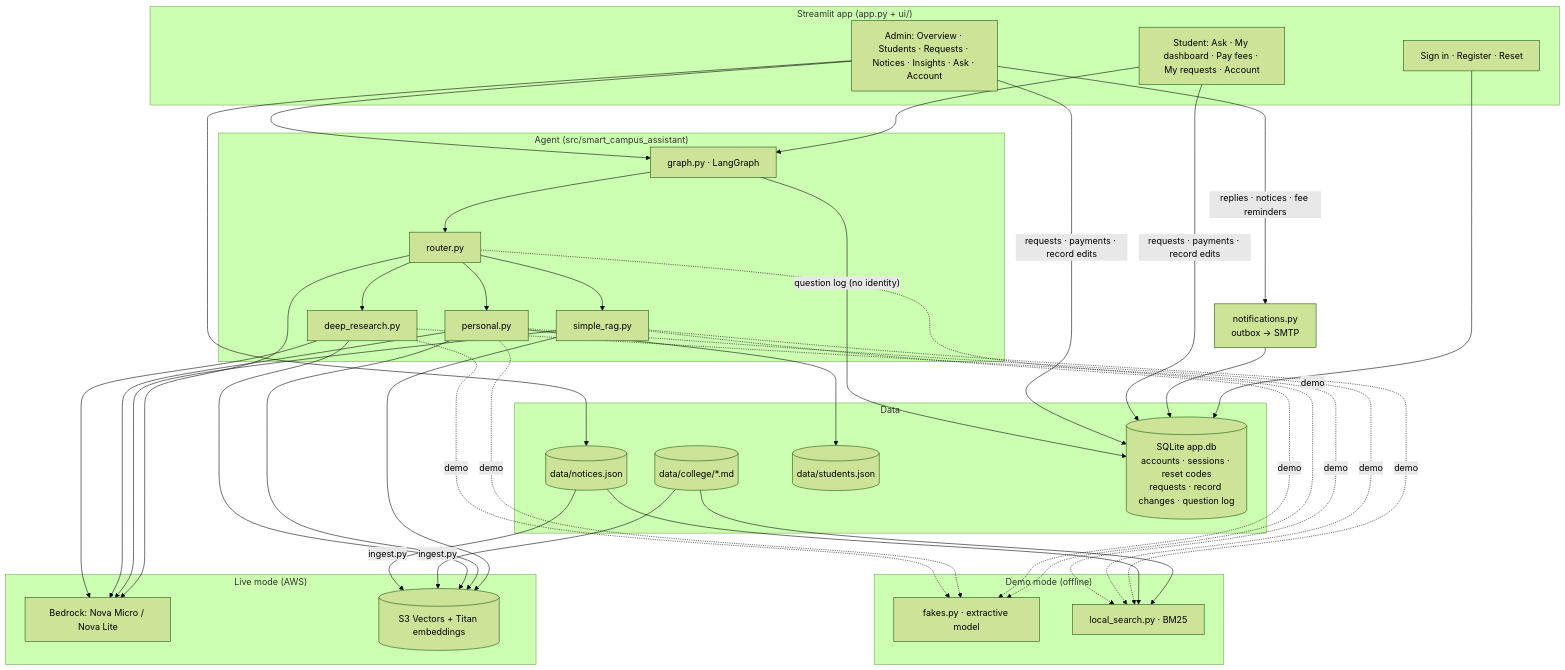
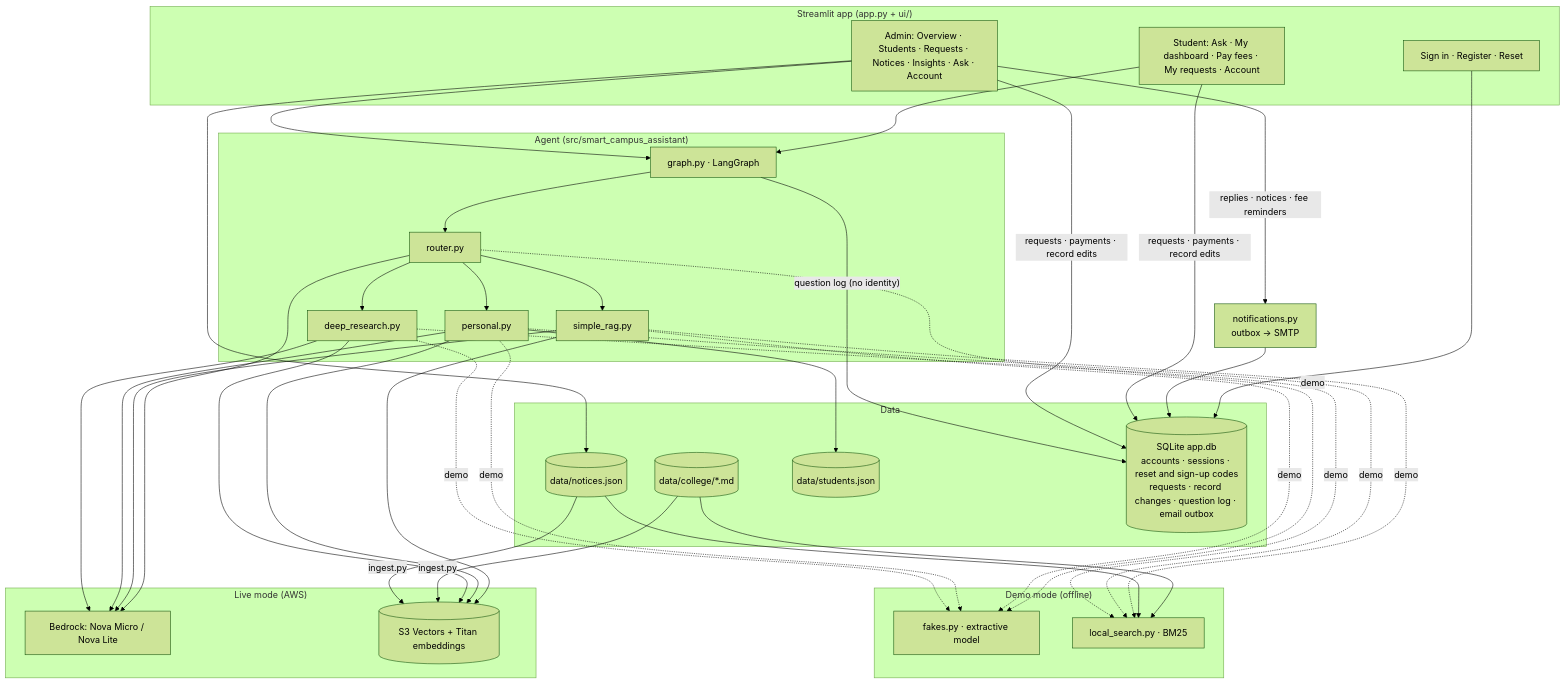
The first of 2 diagrams in README.md (musaddiq-vd/smart-campus-assistant), drawn with Mermaid (forest theme) before and after one commit. The commit also changed other lines of this file and 27 other files, not shown here.

First line of the commit message:
Harden sign-up, password reset and chat for production

````diff
--- a/README.md
+++ b/README.md
@@ -108,49 +110,49 @@
 ```mermaid
 flowchart TB
     subgraph UI ["Streamlit app (app.py + ui/)"]
         LG["Sign in · Register · Reset"]
         ST["Student: Ask · My dashboard · Pay fees · My requests · Account"]
         AD["Admin: Overview · Students · Requests · Notices · Insights · Ask · Account"]
     end
 
     subgraph CORE ["Agent (src/smart_campus_assistant)"]
         G["graph.py · LangGraph"]
         R["router.py"]
         S["simple_rag.py"]
         P["personal.py"]
         D["deep_research.py"]
         G --> R --> S & P & D
     end
 
     subgraph DATA ["Data"]
         DOCS[("data/college/*.md")]
         NOT[("data/notices.json")]
         STU[("data/students.json")]
-        DB[("SQLite app.db<br/>accounts · sessions · reset codes<br/>requests · record changes · question log")]
+        DB[("SQLite app.db<br/>accounts · sessions · reset and sign-up codes<br/>requests · record changes · question log · email outbox")]
     end
 
     subgraph LIVE ["Live mode (AWS)"]
         BR["Bedrock: Nova Micro / Nova Lite"]
         VEC[("S3 Vectors + Titan embeddings")]
     end
 
     subgraph DEMO ["Demo mode (offline)"]
         FK["fakes.py · extractive model"]
         LS["local_search.py · BM25"]
     end
 
     LG --> DB
     AD -- "replies · notices · fee reminders" --> OUT["notifications.py<br/>outbox → SMTP"]
     OUT --> DB
     ST & AD --> G
     ST & AD -- "requests · payments · record edits" --> DB
     G -- "question log (no identity)" --> DB
     AD --> NOT
     P --> STU
     S & P & D --> VEC
     R & S & P & D --> BR
     DOCS & NOT -- ingest.py --> VEC
     DOCS & NOT --> LS
     S & P & D -. demo .-> LS
     R & S & P & D -. demo .-> FK
 ```
````
